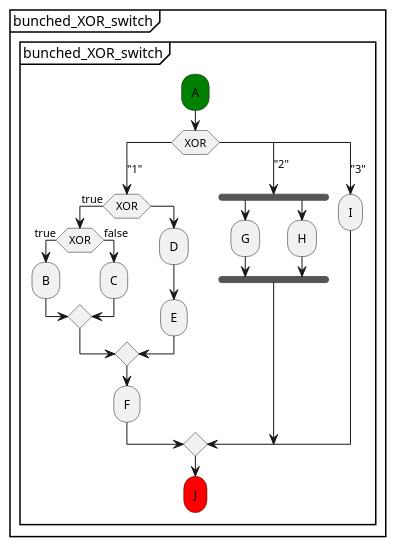
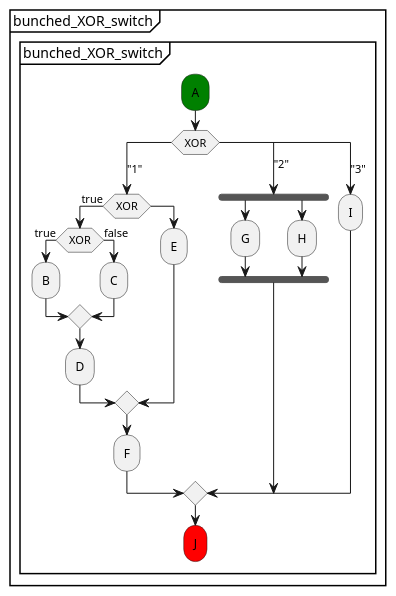
Before and after one commit to xtuml/otel2puml: the diagram in puml_files/bunched_XOR_with_event_ending_logic.puml, drawn with PlantUML. The commit also changed other lines of this file, not shown here.

```diff
--- a/puml_files/bunched_XOR_with_event_ending_logic.puml
+++ b/puml_files/bunched_XOR_with_event_ending_logic.puml
@@ -1,30 +1,30 @@
 @startuml
 partition "bunched_XOR_switch" {
     group "bunched_XOR_switch"
         #green:A;
         switch (XOR)
             case ("1")
             if (XOR) then (true)
                 if (XOR) then (true)
                     :B;
                 else (false)
                     :C;
                 endif
+                :D;
             else
-                :D;
                 :E;
             endif
             :F;
             case ("2")
             fork
                 :G;
             fork again
                 :H;
             end fork
             case ("3")
             :I;
         endswitch
         #red:J;
     end group
 }
 @enduml
```
